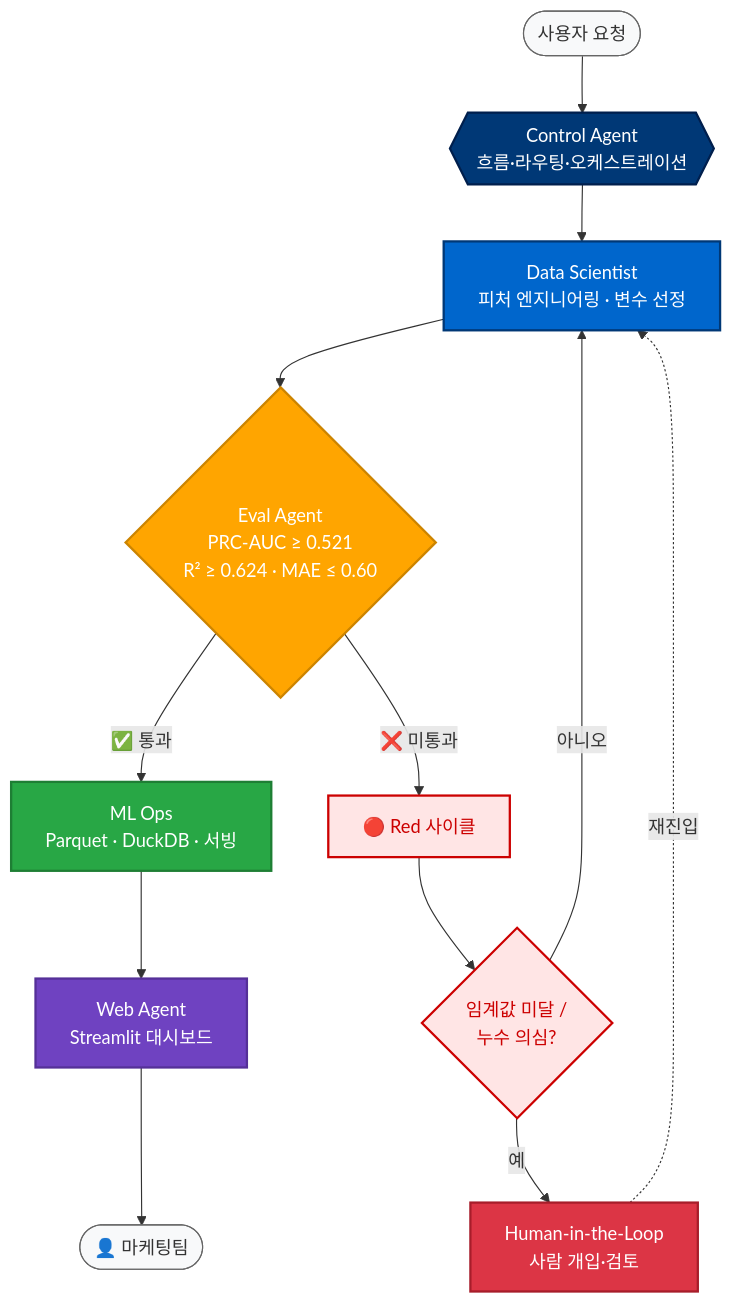
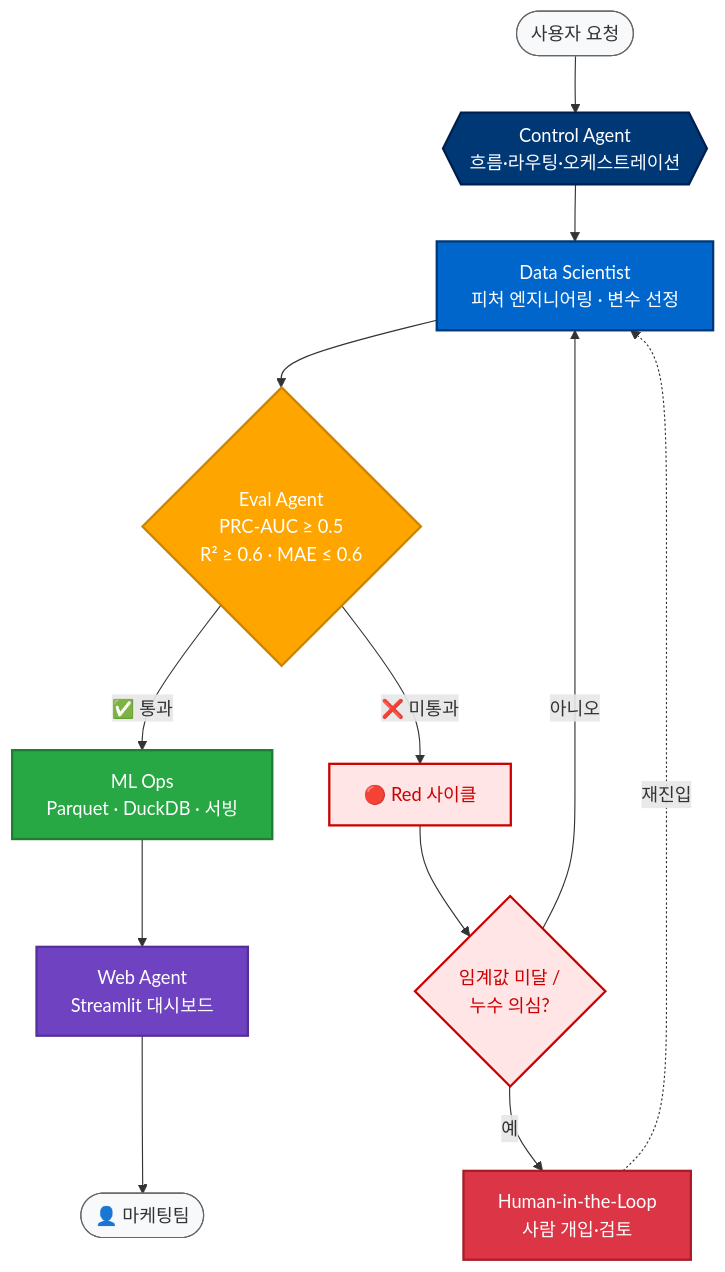
The diagram in 포트폴리오.md (dkswndus/lg_hellovision_dx_data_school_01), drawn with Mermaid before and after one commit. The commit also changed other lines of this file and 2 other files, not shown here.

Commit message:
docs: 모델 통과 기준을 둥근값(베이스라인)으로 통일
- PRC-AUC ≥ 0.521 → 0.5 (불균형 데이터 무작위 예측 초과 기준)
- R² ≥ 0.624 → 0.6 (실무 활용 가능 설명력 60% 이상)
- MAE ≤ 0.60 → 0.6 (월 평균 구매 대비 30% 이내 오차)
- Eval Agent 문서에 기준 근거 명시 + 현재 달성 성능 별도 표기
- Mermaid 다이어그램 2곳 동기화 (control-agent · 포트폴리오)

````diff
--- a/포트폴리오.md
+++ b/포트폴리오.md
@@ -227,37 +227,37 @@
 ```mermaid
 flowchart TD
     Start([사용자 요청]) --> Control{{Control Agent<br/>흐름·라우팅·오케스트레이션}}
 
     Control --> DS[Data Scientist<br/>피처 엔지니어링 · 변수 선정]
-    DS --> Eval{Eval Agent<br/>PRC-AUC ≥ 0.521<br/>R² ≥ 0.624 · MAE ≤ 0.60}
+    DS --> Eval{Eval Agent<br/>PRC-AUC ≥ 0.5<br/>R² ≥ 0.6 · MAE ≤ 0.6}
 
     Eval -->|✅ 통과| MLOps[ML Ops<br/>Parquet · DuckDB · 서빙]
     Eval -->|❌ 미통과| Red[🔴 Red 사이클]
 
     MLOps --> Web[Web Agent<br/>Streamlit 대시보드]
     Web --> User([👤 마케팅팀])
 
     Red --> Check{임계값 미달 /<br/>누수 의심?}
     Check -->|예| HITL[Human-in-the-Loop<br/>사람 개입·검토]
     Check -->|아니오| DS
 
     HITL -.재진입.-> DS
 
     classDef control fill:#003876,stroke:#001f4d,color:#fff,stroke-width:2px
     classDef agent fill:#0066CC,stroke:#003876,color:#fff,stroke-width:2px
     classDef eval fill:#FFA500,stroke:#cc8400,color:#fff,stroke-width:2px
     classDef ops fill:#28A745,stroke:#1e7e34,color:#fff,stroke-width:2px
     classDef web fill:#6F42C1,stroke:#553098,color:#fff,stroke-width:2px
     classDef hitl fill:#DC3545,stroke:#a71d2a,color:#fff,stroke-width:2px
     classDef red fill:#FFE5E5,stroke:#CC0000,color:#CC0000,stroke-width:2px
     classDef terminal fill:#F8F9FA,stroke:#666,color:#333,stroke-width:1px
 
     class Control control
     class DS agent
     class Eval eval
     class MLOps ops
     class Web web
     class HITL hitl
     class Red,Check red
     class Start,User terminal
 ```
````
